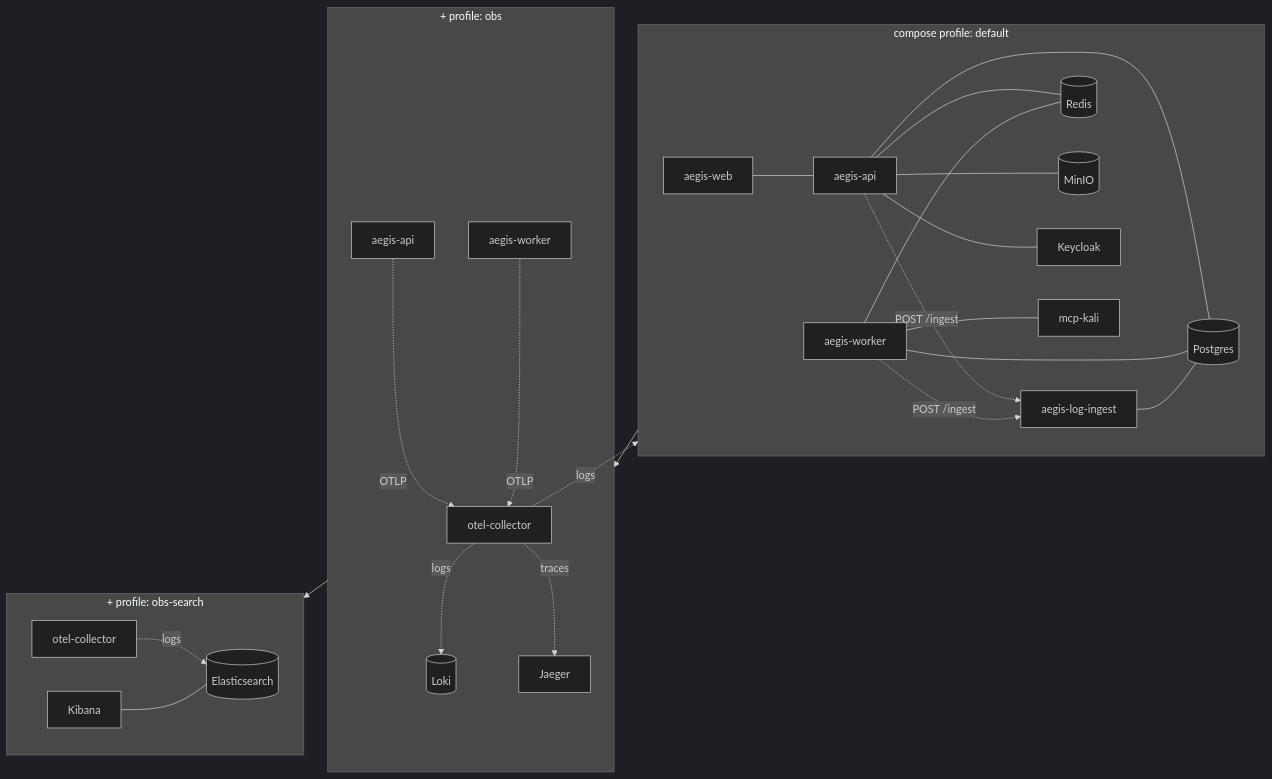
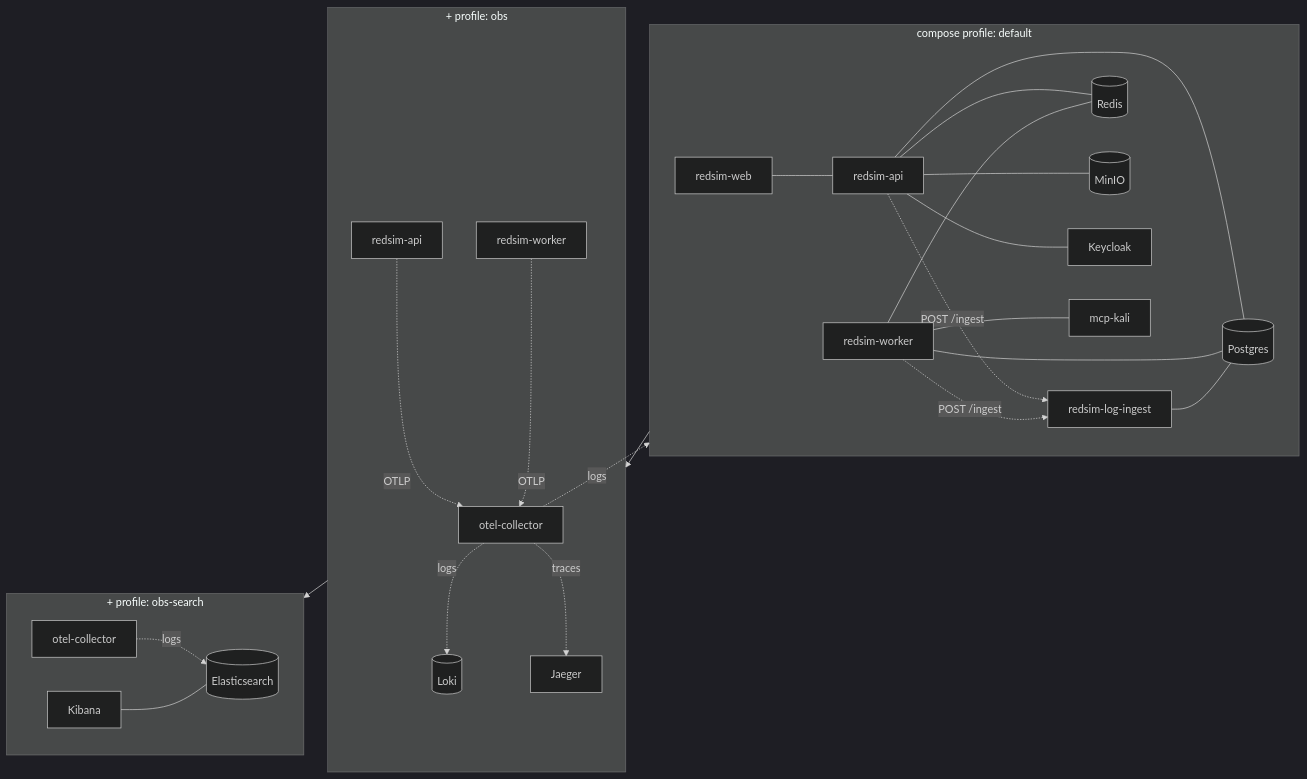
Before and after one commit to IntelliBridge/ndia-red-team-simulator: the second of 6 diagrams in docs/architecture/overview.md, drawn with Mermaid (dark theme). The commit also changed other lines of this file and 27 other files, not shown here.

````diff
--- a/docs/architecture/overview.md
+++ b/docs/architecture/overview.md
@@ -64,49 +64,49 @@
 ```mermaid
 flowchart TB
   subgraph p_default["compose profile: default"]
     direction LR
-    api[aegis-api]
-    worker[aegis-worker]
-    web[aegis-web]
-    li[aegis-log-ingest]
+    api[redsim-api]
+    worker[redsim-worker]
+    web[redsim-web]
+    li[redsim-log-ingest]
     pg[(Postgres)]
     redis[(Redis)]
     kc[Keycloak]
     minio[(MinIO)]
     kali[mcp-kali]
     api --- pg
     worker --- pg
     li --- pg
     api --- redis
     worker --- redis
     web --- api
     api --- minio
     api --- kc
     worker --- kali
     api -. "POST /ingest" .-> li
     worker -. "POST /ingest" .-> li
   end
 
   subgraph p_obs["+ profile: obs"]
     col[otel-collector]
     loki[(Loki)]
     jaeger[Jaeger]
-    api2[aegis-api]
-    worker2[aegis-worker]
+    api2[redsim-api]
+    worker2[redsim-worker]
     api2 -. "OTLP" .-> col
     worker2 -. "OTLP" .-> col
     col -. "logs" .-> loki
     col -. "logs" .-> li
     col -. "traces" .-> jaeger
   end
 
   subgraph p_search["+ profile: obs-search"]
     es[(Elasticsearch)]
     kibana[Kibana]
     col2[otel-collector]
     col2 -. "logs" .-> es
     kibana --- es
   end
 
   p_default --> p_obs --> p_search
 ```
````
